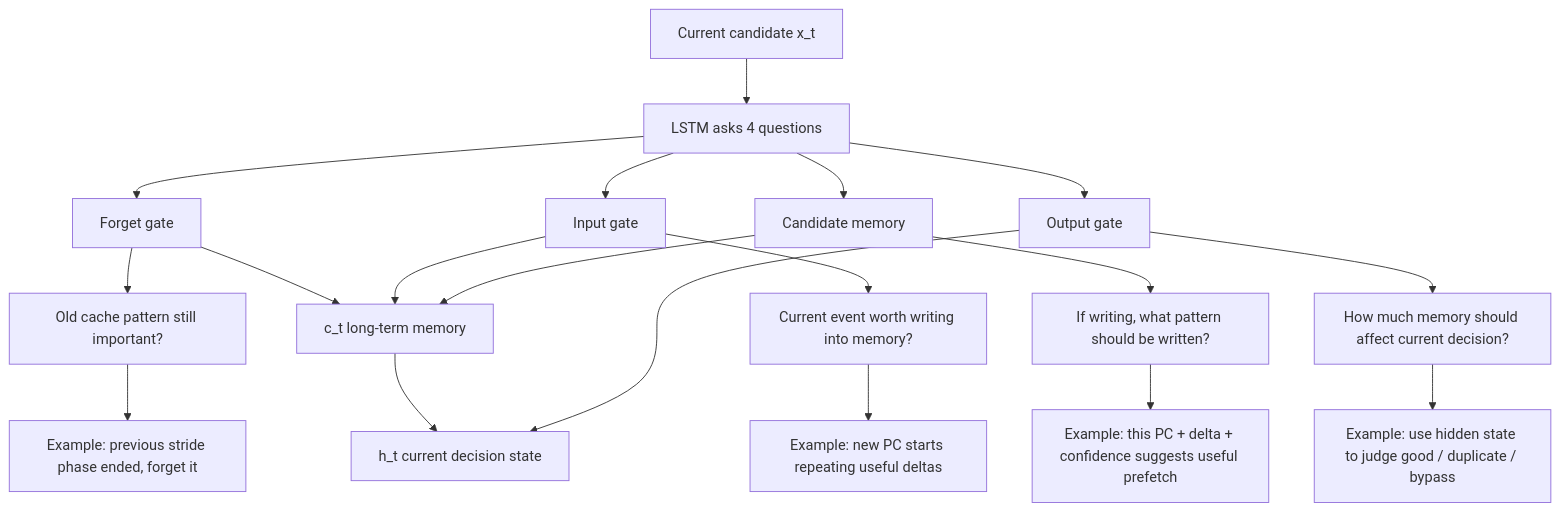
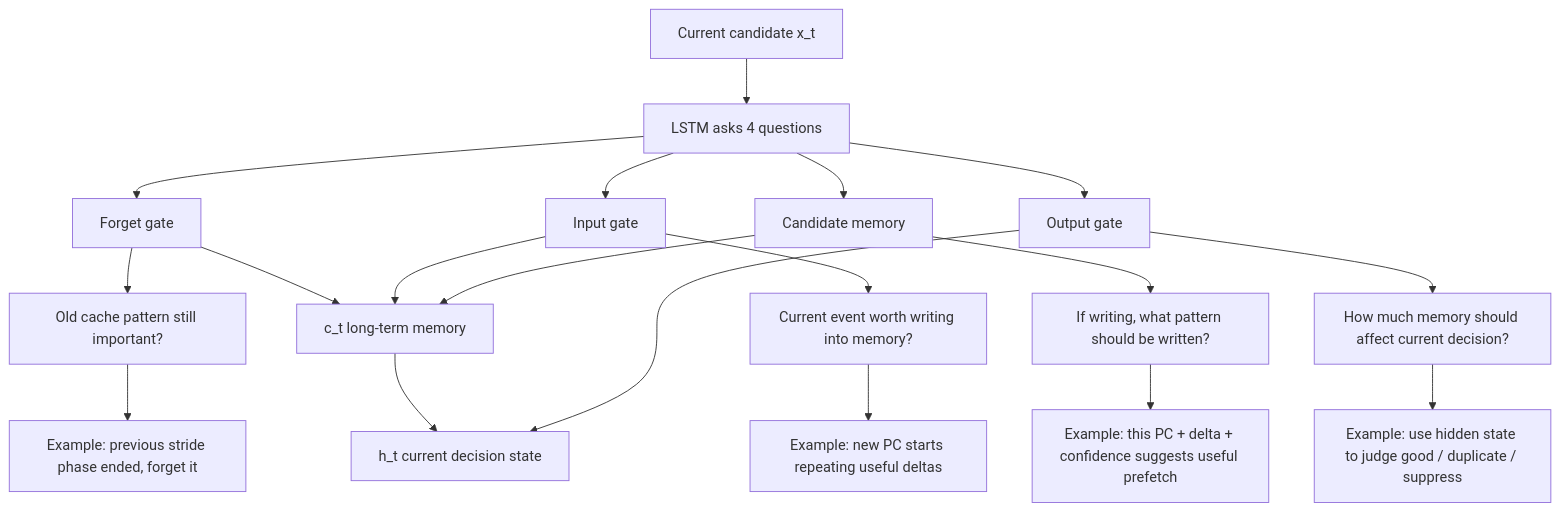
The fourth of 8 diagrams in formal_NN_training/LSTM_cache_action_pipeline_story.md (Angelawoo572/cache_arch), drawn with Mermaid before and after one commit. The commit also changed other lines of this file, not shown here.

Commit message:
Tighten LSTM flowchart wording

````diff
--- a/formal_NN_training/LSTM_cache_action_pipeline_story.md
+++ b/formal_NN_training/LSTM_cache_action_pipeline_story.md
@@ -182,26 +182,26 @@
 ```mermaid
 flowchart TD
     A[Current candidate x_t] --> B[LSTM asks 4 questions]
 
     B --> C[Forget gate]
     C --> C1[Old cache pattern still important?]
     C1 --> C2[Example: previous stride phase ended, forget it]
 
     B --> D[Input gate]
     D --> D1[Current event worth writing into memory?]
     D1 --> D2[Example: new PC starts repeating useful deltas]
 
     B --> E[Candidate memory]
     E --> E1[If writing, what pattern should be written?]
     E1 --> E2[Example: this PC + delta + confidence suggests useful prefetch]
 
     B --> F[Output gate]
     F --> F1[How much memory should affect current decision?]
-    F1 --> F2[Example: use hidden state to judge good / duplicate / bypass]
+    F1 --> F2[Example: use hidden state to judge good / duplicate / suppress]
 
     C --> G[c_t long-term memory]
     D --> G
     E --> G
     G --> H[h_t current decision state]
     F --> H
 ```
````
